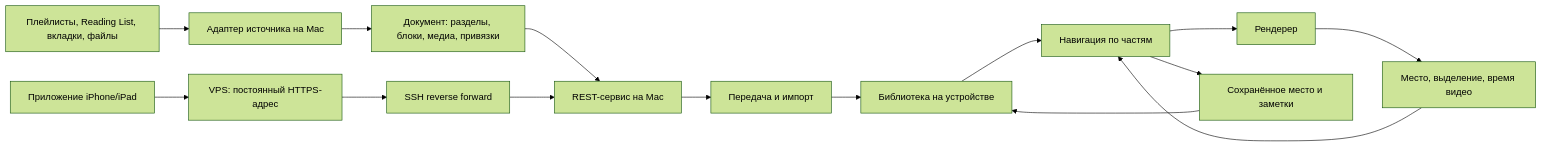
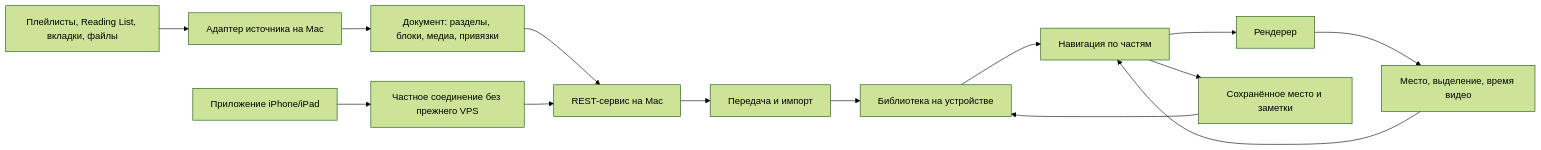
Before and after one commit to vladkalinichencko/fnmn-app: the diagram in notes/plan.md, drawn with Mermaid (forest theme). The commit also changed other lines of this file and 33 other files, not shown here.

````diff
--- a/notes/plan.md
+++ b/notes/plan.md
@@ -30,17 +32,16 @@
 ```mermaid
 flowchart LR
     Sources[Плейлисты, Reading List, вкладки, файлы] --> Adapter[Адаптер источника на Mac]
     Adapter --> Document[Документ: разделы, блоки, медиа, привязки]
     Document --> MacAPI[REST-сервис на Mac]
-    Phone[Приложение iPhone/iPad] --> VPS[VPS: постоянный HTTPS-адрес]
-    VPS --> Tunnel[SSH reverse forward]
-    Tunnel --> MacAPI
+    Phone[Приложение iPhone/iPad] --> Link[Частное соединение без прежнего VPS]
+    Link --> MacAPI
     MacAPI --> Import[Передача и импорт]
     Import --> Library[Библиотека на устройстве]
     Library --> Reader[Навигация по частям]
     Reader --> Render[Рендерер]
     Render --> Events[Место, выделение, время видео]
     Events --> Reader
     Reader --> Saved[Сохранённое место и заметки]
     Saved --> Library
 ```
````
